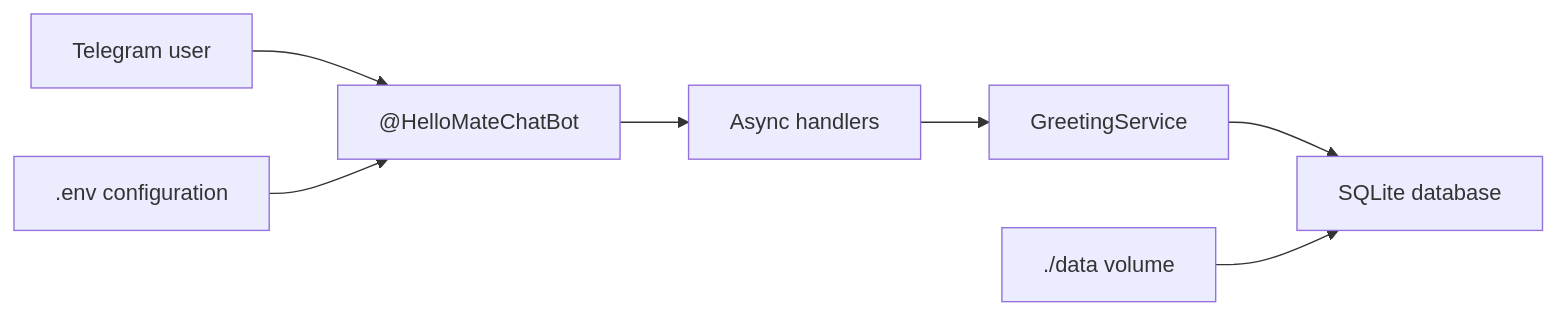
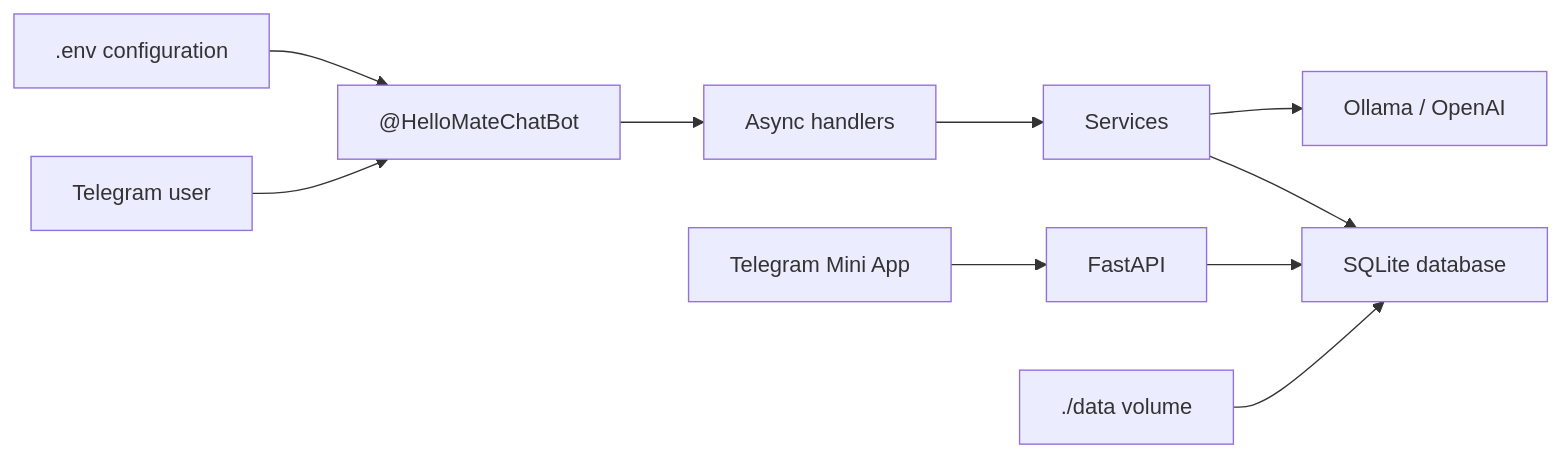
Before and after one commit to scroodge/HelloMateChatBot: the diagram in README.md, drawn with Mermaid. The commit also changed other lines of this file and 73 other files, not shown here.

````diff
--- a/README.md
+++ b/README.md
@@ -33,9 +36,12 @@
 ```mermaid
 flowchart LR
     User["Telegram user"] --> Bot["@HelloMateChatBot"]
     Bot --> Handlers["Async handlers"]
-    Handlers --> Service["GreetingService"]
-    Service --> SQLite["SQLite database"]
+    Handlers --> Services["Services"]
+    Services --> SQLite["SQLite database"]
+    Services --> LLM["Ollama / OpenAI"]
+    MiniApp["Telegram Mini App"] --> API["FastAPI"]
+    API --> SQLite
     Config[".env configuration"] --> Bot
     Data["./data volume"] --> SQLite
 ```
````
